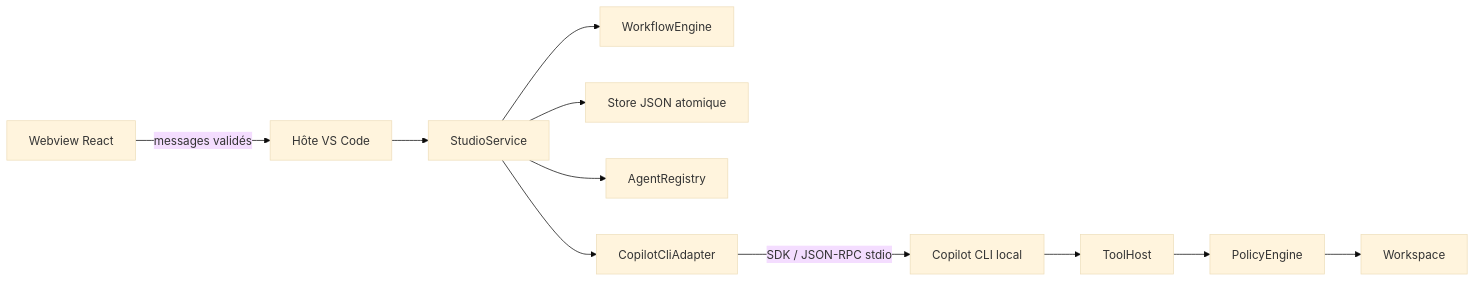
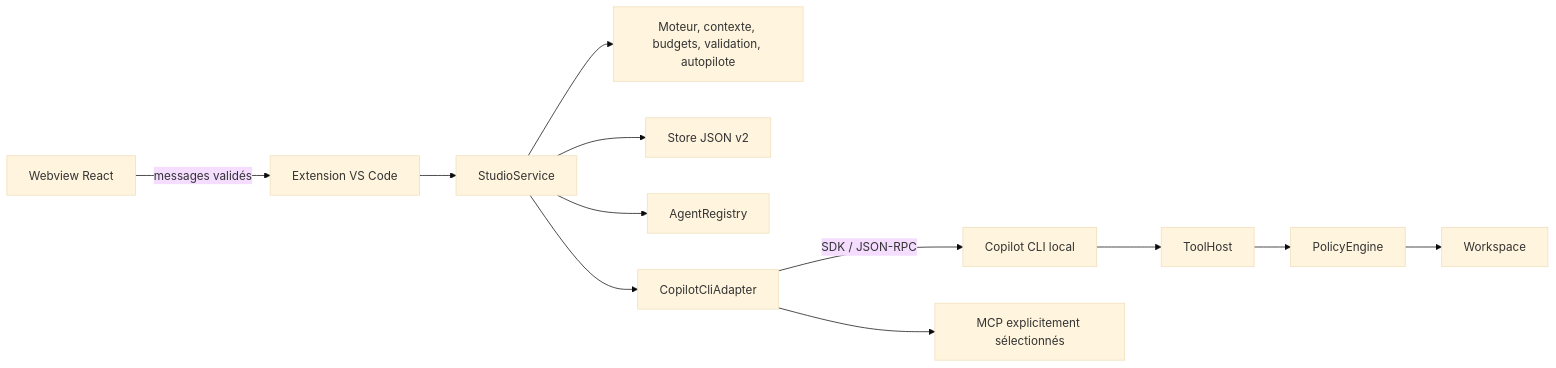
One commit to MattDevBzh/KerAI changed the diagram in docs/ARCHITECTURE.md. Above: the diagram before and after it, drawn with Mermaid (base theme). The commit also changed other lines of this file and 54 other files, not shown here.

````diff
--- a/docs/ARCHITECTURE.md
+++ b/docs/ARCHITECTURE.md
@@ -5,13 +5,14 @@
 ```mermaid
 flowchart LR
-    UI[Webview React] -->|messages validés| VS[Hôte VS Code]
+    UI[Webview React] -->|messages validés| VS[Extension VS Code]
     VS --> Service[StudioService]
-    Service --> Engine[WorkflowEngine]
-    Service --> Store[Store JSON atomique]
+    Service --> Core[Moteur, contexte, budgets, validation, autopilote]
+    Service --> Store[Store JSON v2]
     Service --> Registry[AgentRegistry]
     Service --> Adapter[CopilotCliAdapter]
-    Adapter -->|SDK / JSON-RPC stdio| CLI[Copilot CLI local]
+    Adapter -->|SDK / JSON-RPC| CLI[Copilot CLI local]
     CLI --> Tools[ToolHost]
     Tools --> Policy[PolicyEngine]
     Policy --> Files[Workspace]
+    Adapter --> MCP[MCP explicitement sélectionnés]
 ```
````
